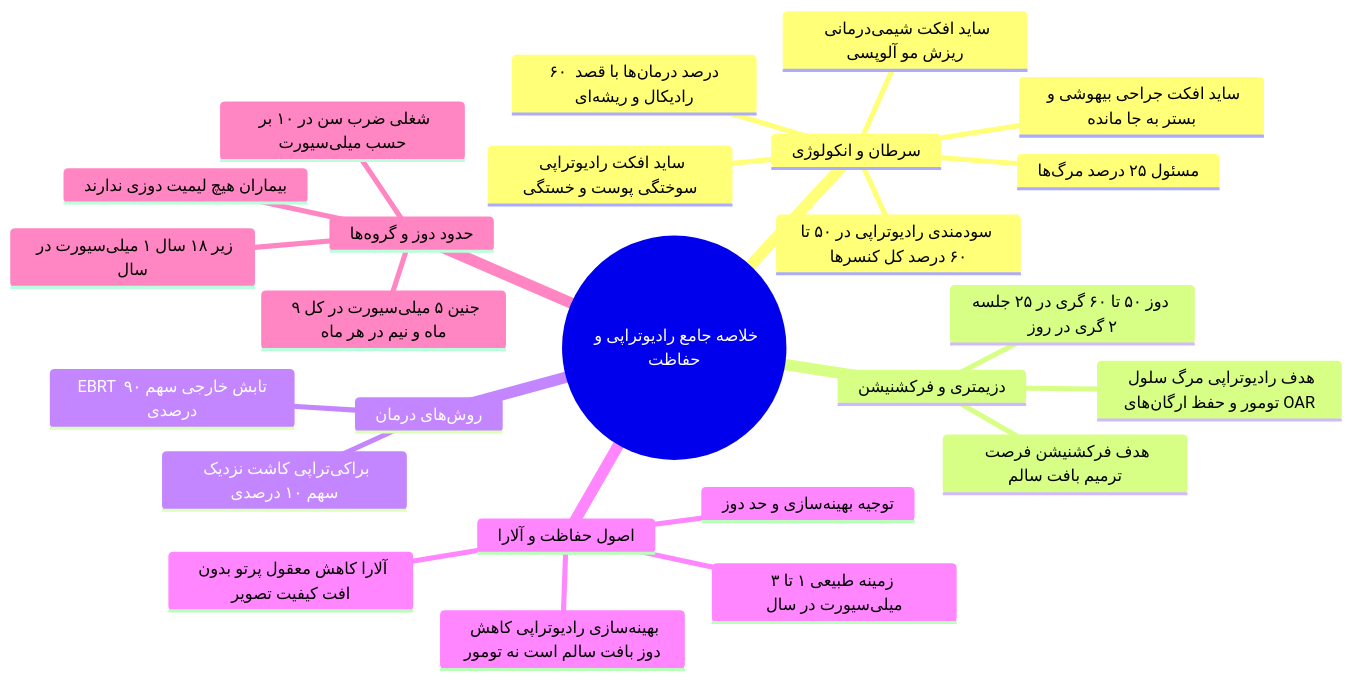
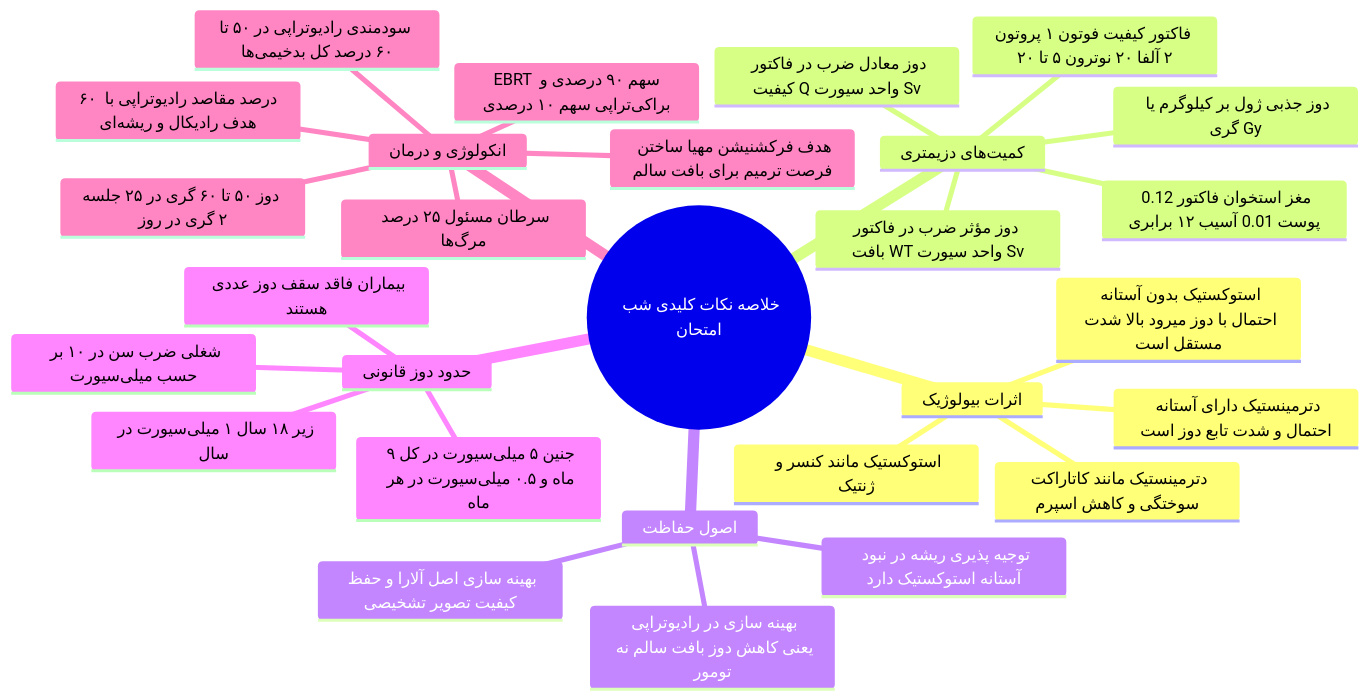
Before and after one commit to neopulse-hub/-TUMS-1402-2-material-notes-: diagram 13 of 13 in 05/فیزیک پزشکی/پایان‌ترم/رادیوتراپی.md, drawn with Mermaid. The commit also changed other lines of this file, not shown here.

````diff
--- a/05/فیزیک پزشکی/پایان‌ترم/رادیوتراپی.md
+++ b/05/فیزیک پزشکی/پایان‌ترم/رادیوتراپی.md
@@ -239,28 +393,31 @@
 ```mermaid
 mindmap
-  root((خلاصه جامع رادیوتراپی و حفاظت))
-    سرطان و انکولوژی
-      مسئول ۲۵ درصد مرگ‌ها
-      سودمندی رادیوتراپی در ۵۰ تا ۶۰ درصد کل کنسرها
-      ۶۰ درصد درمان‌ها با قصد رادیکال و ریشه‌ای
-      ساید افکت جراحی بیهوشی و بستر به جا مانده
-      ساید افکت شیمی‌درمانی ریزش مو آلوپسی
-      ساید افکت رادیوتراپی سوختگی پوست و خستگی
-    دزیمتری و فرکشنیشن
+  root((خلاصه نکات کلیدی شب امتحان))
+    اثرات بیولوژیک
+      استوکستیک بدون آستانه احتمال با دوز میرود بالا شدت مستقل است
+      دترمینستیک دارای آستانه احتمال و شدت تابع دوز است
+      استوکستیک مانند کنسر و ژنتیک
+      دترمینستیک مانند کاتاراکت سوختگی و کاهش اسپرم
+    کمیت‌های دزیمتری
+      دوز جذبی ژول بر کیلوگرم یا گری Gy
+      دوز معادل ضرب در فاکتور کیفیت Q واحد سیورت Sv
+      فاکتور کیفیت فوتون ۱ پروتون ۲ آلفا ۲۰ نوترون ۵ تا ۲۰
+      دوز مؤثر ضرب در فاکتور بافت WT واحد سیورت Sv
+      مغز استخوان فاکتور 0.12 پوست 0.01 آسیب ۱۲ برابری
+    اصول حفاظت
+      توجیه پذیری ریشه در نبود آستانه استوکستیک دارد
+      بهینه سازی اصل آلارا و حفظ کیفیت تصویر تشخیصی
+      بهینه سازی در رادیوتراپی یعنی کاهش دوز بافت سالم نه تومور
+    حدود دوز قانونی
+      شغلی ضرب سن در ۱۰ بر حسب میلی‌سیورت
+      بیماران فاقد سقف دوز عددی هستند
+      زیر ۱۸ سال ۱ میلی‌سیورت در سال
+      جنین ۵ میلی‌سیورت در کل ۹ ماه و ۰.۵ میلی‌سیورت در هر ماه
+    انکولوژی و درمان
+      سرطان مسئول ۲۵ درصد مرگ‌ها
+      سودمندی رادیوتراپی در ۵۰ تا ۶۰ درصد کل بدخیمی‌ها
+      ۶۰ درصد مقاصد رادیوتراپی با هدف رادیکال و ریشه‌ای
       دوز ۵۰ تا ۶۰ گری در ۲۵ جلسه ۲ گری در روز
-      هدف فرکشنیشن فرصت ترمیم بافت سالم
-      هدف رادیوتراپی مرگ سلول تومور و حفظ ارگان‌های OAR
-    روش‌های درمان
-      EBRT تابش خارجی سهم ۹۰ درصدی
-      براکی‌تراپی کاشت نزدیک سهم ۱۰ درصدی
-    اصول حفاظت و آلارا
-      توجیه بهینه‌سازی و حد دوز
-      زمینه طبیعی ۱ تا ۳ میلی‌سیورت در سال
-      آلارا کاهش معقول پرتو بدون افت کیفیت تصویر
-      بهینه‌سازی رادیوتراپی کاهش دوز بافت سالم است نه تومور
-    حدود دوز و گروه‌ها
-      شغلی ضرب سن در ۱۰ بر حسب میلی‌سیورت
-      بیماران هیچ لیمیت دوزی ندارند
-      زیر ۱۸ سال ۱ میلی‌سیورت در سال
-      جنین ۵ میلی‌سیورت در کل ۹ ماه و نیم در هر ماه
+      هدف فرکشنیشن مهیا ساختن فرصت ترمیم برای بافت سالم
+      EBRT سهم ۹۰ درصدی و براکی‌تراپی سهم ۱۰ درصدی
 ```
````
